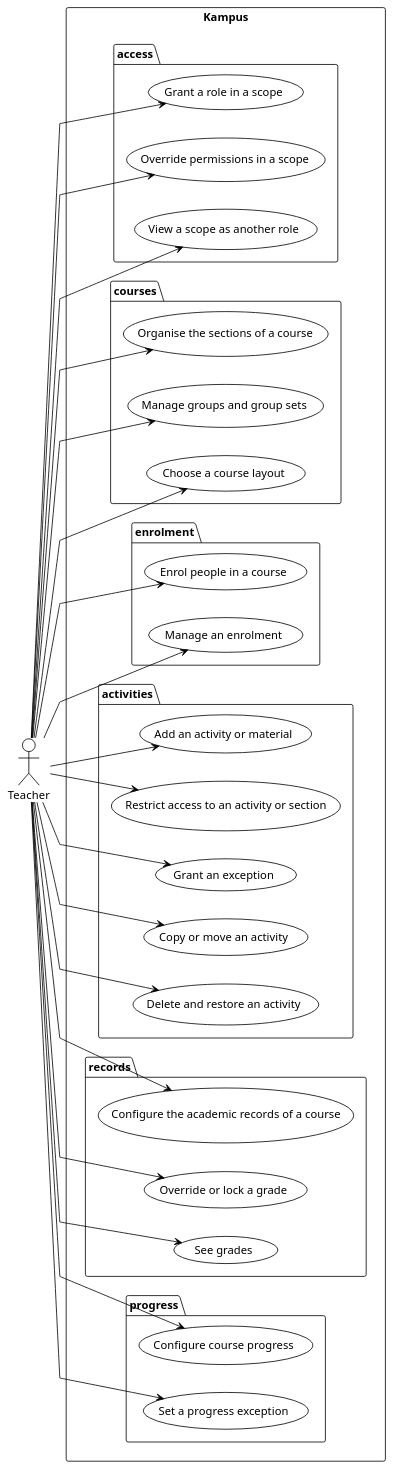
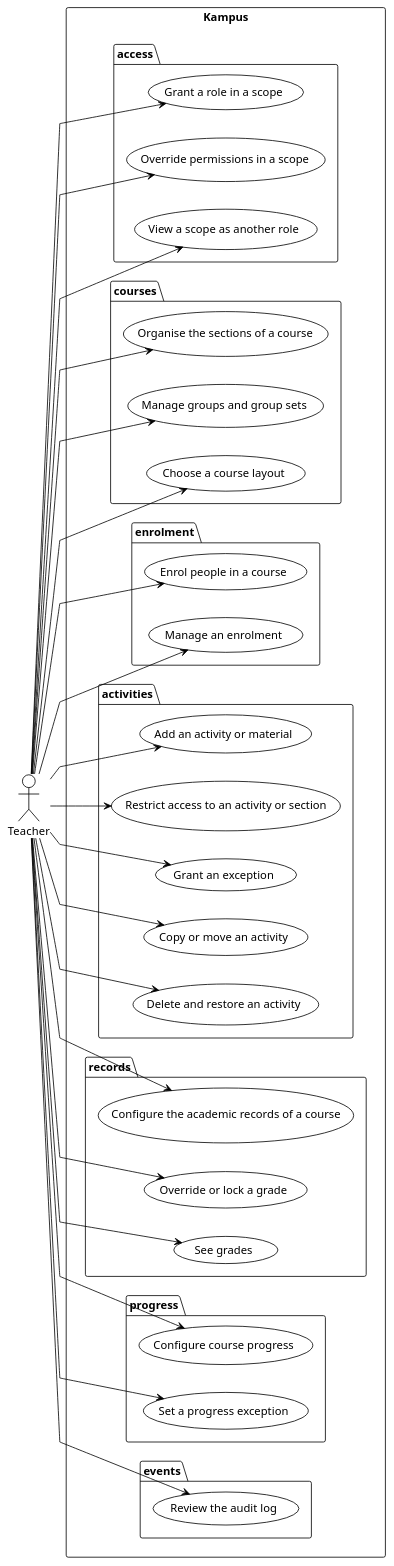
One commit to didactika/kampus changed the diagram in docs/01-requirements/use-cases-teacher.puml. Above: the diagram before and after it, drawn with PlantUML. The commit also changed 145 other files, not shown here.

```diff
--- a/docs/01-requirements/use-cases-teacher.puml
+++ b/docs/01-requirements/use-cases-teacher.puml
@@ -1,60 +1,64 @@
 @startuml
 !theme plain
 skinparam linetype polyline
 left to right direction
 
 actor "Teacher" as A_Teacher
 
 rectangle "Kampus" {
   package "access" {
     usecase "Grant a role in a scope" as UC_grantRole
     usecase "Override permissions in a scope" as UC_overridePermission
     usecase "View a scope as another role" as UC_viewAsRole
   }
   package "courses" {
     usecase "Organise the sections of a course" as UC_organiseSections
     usecase "Manage groups and group sets" as UC_manageGroups
     usecase "Choose a course layout" as UC_chooseCourseLayout
   }
   package "enrolment" {
     usecase "Enrol people in a course" as UC_enrolPeople
     usecase "Manage an enrolment" as UC_manageEnrolment
   }
   package "activities" {
     usecase "Add an activity or material" as UC_addActivity
     usecase "Restrict access to an activity or section" as UC_restrictAccess
     usecase "Grant an exception" as UC_grantException
     usecase "Copy or move an activity" as UC_copyActivity
     usecase "Delete and restore an activity" as UC_deleteActivity
   }
   package "records" {
     usecase "Configure the academic records of a course" as UC_configureRecords
     usecase "Override or lock a grade" as UC_overrideGrade
     usecase "See grades" as UC_viewGrades
   }
   package "progress" {
     usecase "Configure course progress" as UC_configureCourseProgress
     usecase "Set a progress exception" as UC_setProgressException
   }
+  package "events" {
+    usecase "Review the audit log" as UC_reviewAuditLog
+  }
 }
 
 A_Teacher --> UC_grantRole
 A_Teacher --> UC_overridePermission
 A_Teacher --> UC_viewAsRole
 A_Teacher --> UC_organiseSections
 A_Teacher --> UC_manageGroups
 A_Teacher --> UC_chooseCourseLayout
 A_Teacher --> UC_enrolPeople
 A_Teacher --> UC_manageEnrolment
 A_Teacher --> UC_addActivity
 A_Teacher --> UC_restrictAccess
 A_Teacher --> UC_grantException
 A_Teacher --> UC_copyActivity
 A_Teacher --> UC_deleteActivity
 A_Teacher --> UC_configureRecords
 A_Teacher --> UC_overrideGrade
 A_Teacher --> UC_viewGrades
 A_Teacher --> UC_configureCourseProgress
 A_Teacher --> UC_setProgressException
+A_Teacher --> UC_reviewAuditLog
 
 @enduml
```
